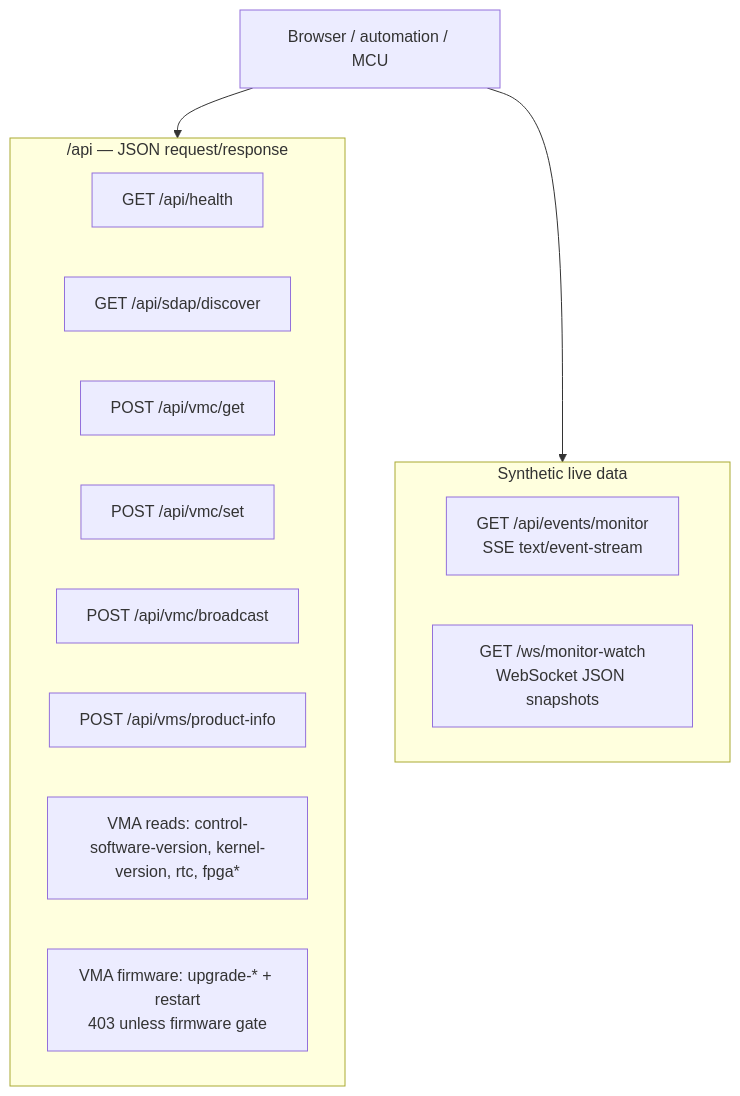
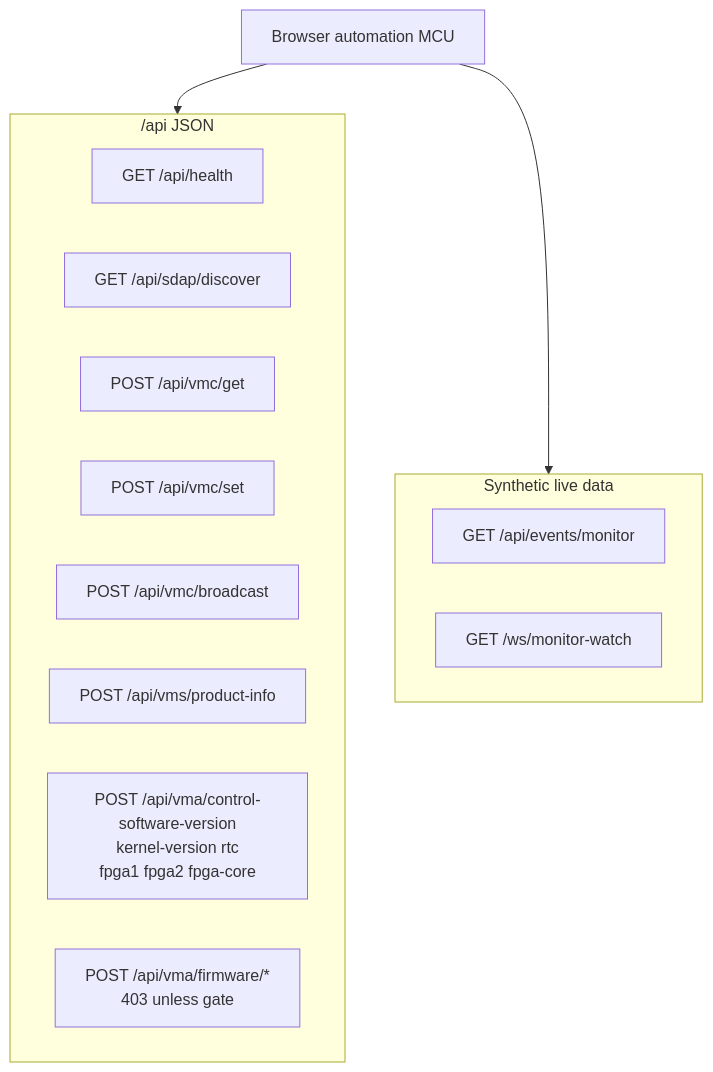
The eighth of 13 diagrams in docs/diagrams/monitor-control-flows.md (andrew867/MonitorControlSDK), drawn with Mermaid before and after one commit. The commit also changed other lines of this file and 23 other files, not shown here.

First line of the commit message:
docs: diagrams and cross-refs for ESP32 native SDCP, Python proxy

````diff
--- a/docs/diagrams/monitor-control-flows.md
+++ b/docs/diagrams/monitor-control-flows.md
@@ -111,21 +190,21 @@
 ```mermaid
 flowchart TB
-  subgraph REST["/api — JSON request/response"]
+  subgraph REST["/api JSON"]
     H[GET /api/health]
     D[GET /api/sdap/discover]
     VG[POST /api/vmc/get]
     VS[POST /api/vmc/set]
     VB[POST /api/vmc/broadcast]
     VI[POST /api/vms/product-info]
-    VAv[VMA reads: control-software-version, kernel-version, rtc, fpga*]
-    FW[VMA firmware: upgrade-* + restart<br/>403 unless firmware gate]
+    VAv["POST /api/vma/control-software-version<br/>kernel-version rtc<br/>fpga1 fpga2 fpga-core"]
+    FW["POST /api/vma/firmware/*<br/>403 unless gate"]
   end
 
   subgraph Push["Synthetic live data"]
-    SSE[GET /api/events/monitor<br/>SSE text/event-stream]
-    WS[GET /ws/monitor-watch<br/>WebSocket JSON snapshots]
+    SSE[GET /api/events/monitor]
+    WS[GET /ws/monitor-watch]
   end
 
-  Client[Browser / automation / MCU] --> REST
+  Client[Browser automation MCU] --> REST
   Client --> Push
 ```
````
